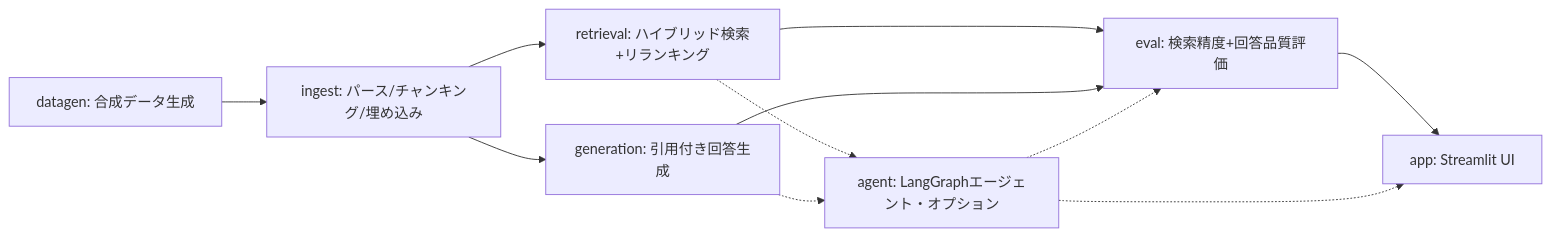
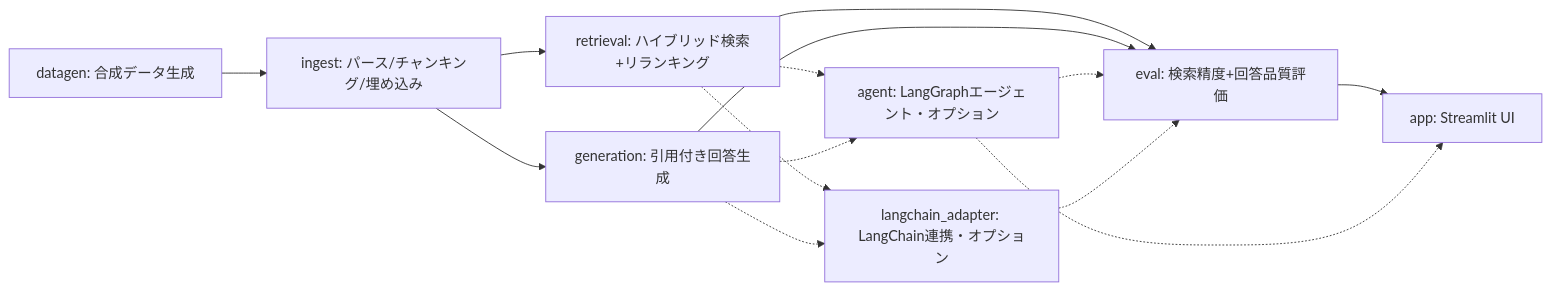
One commit to satoshi-abe-dev/silo-rag changed the first of 2 diagrams in README_ja.md. Above: the diagram before and after it, drawn with Mermaid. The commit also changed other lines of this file and 1 other file, not shown here.

````diff
--- a/README_ja.md
+++ b/README_ja.md
@@ -155,13 +158,16 @@
 ```mermaid
 graph LR
     A[datagen: 合成データ生成] --> B[ingest: パース/チャンキング/埋め込み]
     B --> C[retrieval: ハイブリッド検索+リランキング]
     B --> D[generation: 引用付き回答生成]
     C --> E[eval: 検索精度+回答品質評価]
     D --> E
     E --> F[app: Streamlit UI]
     C -.-> G[agent: LangGraphエージェント・オプション]
     D -.-> G
     G -.-> E
     G -.-> F
+    C -.-> H[langchain_adapter: LangChain連携・オプション]
+    D -.-> H
+    H -.-> E
 ```
````
